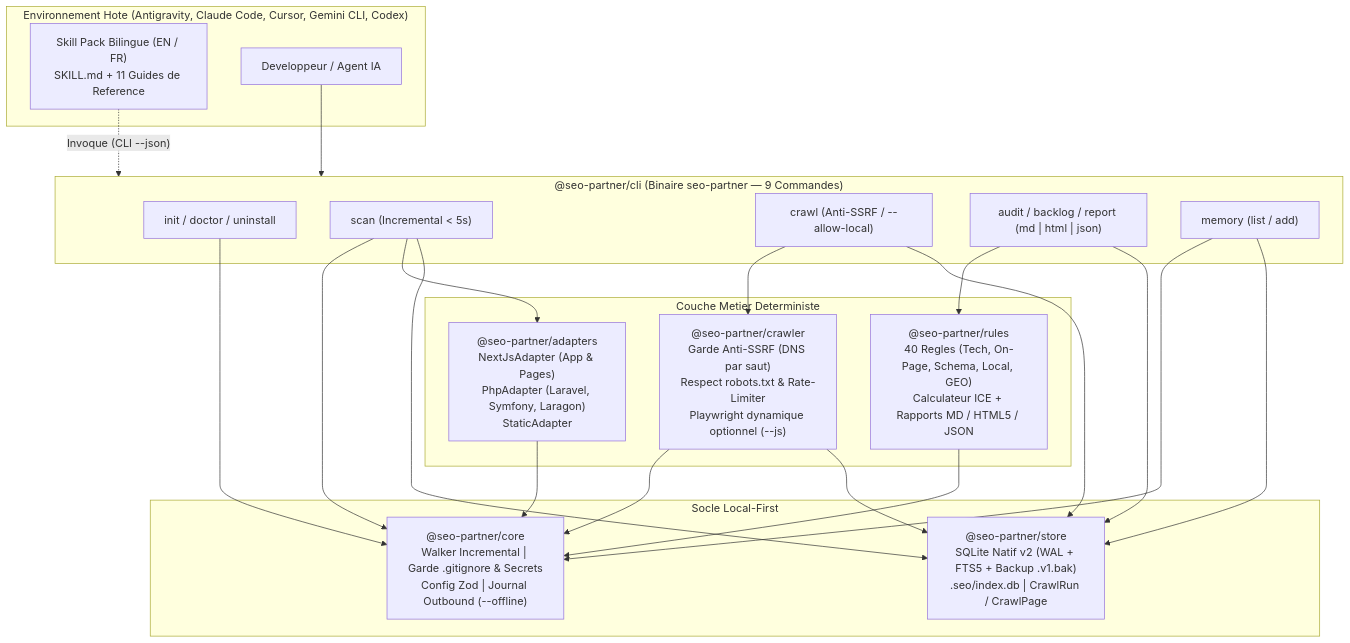
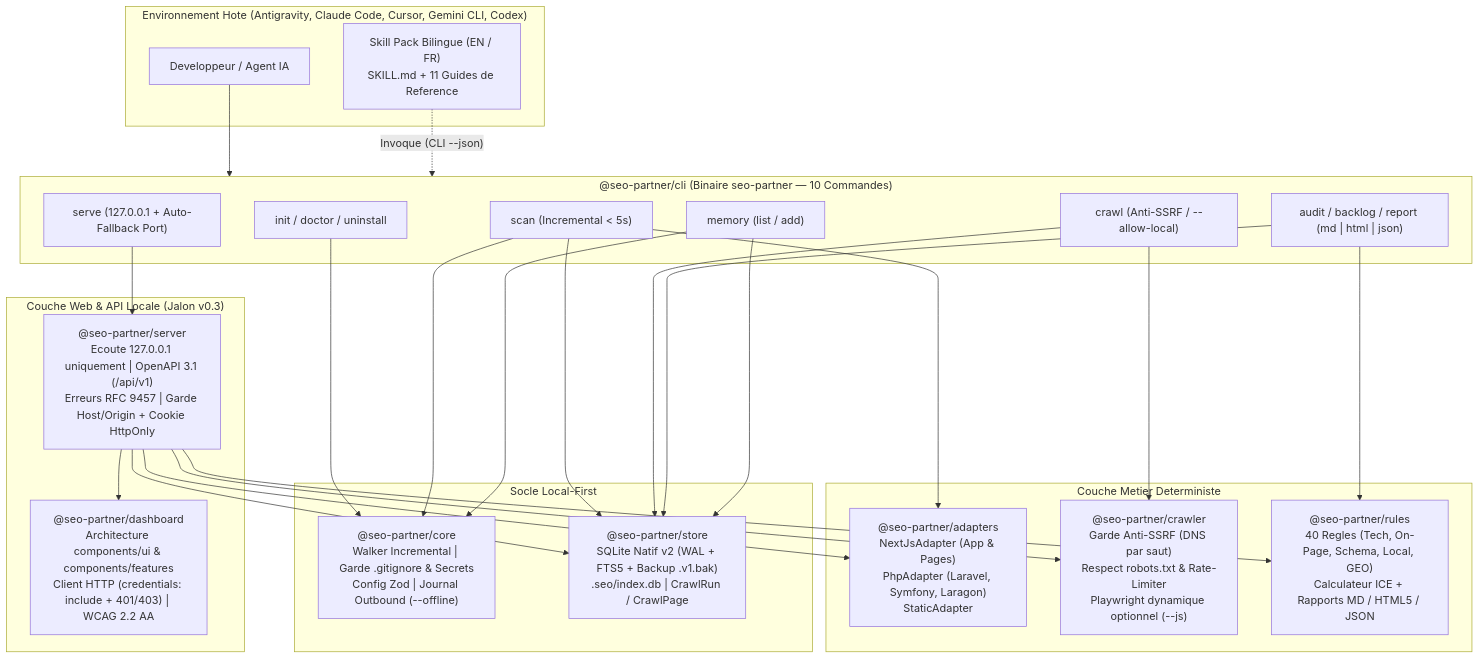
The first of 2 diagrams in README.fr.md (Firinze/seo-partner), drawn with Mermaid before and after one commit. The commit also changed other lines of this file and 33 other files, not shown here.

Commit message:
feat: add local API server, web dashboard, and CLI serve command for v0.3 release

````diff
--- a/README.fr.md
+++ b/README.fr.md
@@ -63,43 +66,51 @@
 ```mermaid
 flowchart TB
   subgraph IDE["Environnement Hote (Antigravity, Claude Code, Cursor, Gemini CLI, Codex)"]
     SKILL["Skill Pack Bilingue (EN / FR)\nSKILL.md + 11 Guides de Reference"]
     DEV["Developpeur / Agent IA"]
   end
 
-  subgraph CLI_LAYER["@seo-partner/cli (Binaire seo-partner — 9 Commandes)"]
+  subgraph CLI_LAYER["@seo-partner/cli (Binaire seo-partner — 10 Commandes)"]
     CMD_INIT["init / doctor / uninstall"]
     CMD_SCAN["scan (Incremental < 5s)"]
     CMD_CRAWL["crawl (Anti-SSRF / --allow-local)"]
     CMD_AUDIT["audit / backlog / report (md | html | json)"]
+    CMD_SERVE["serve (127.0.0.1 + Auto-Fallback Port)"]
     CMD_MEM["memory (list / add)"]
+  end
+
+  subgraph WEB_LAYER["Couche Web & API Locale (Jalon v0.3)"]
+    SERVER["@seo-partner/server\nEcoute 127.0.0.1 uniquement | OpenAPI 3.1 (/api/v1)\nErreurs RFC 9457 | Garde Host/Origin + Cookie HttpOnly"]
+    DASHBOARD["@seo-partner/dashboard\nArchitecture components/ui & components/features\nClient HTTP (credentials: include + 401/403) | WCAG 2.2 AA"]
   end
 
   subgraph ENGINE_LAYER["Couche Metier Deterministe"]
     ADAPTERS["@seo-partner/adapters\nNextJsAdapter (App & Pages)\nPhpAdapter (Laravel, Symfony, Laragon)\nStaticAdapter"]
     CRAWLER["@seo-partner/crawler\nGarde Anti-SSRF (DNS par saut)\nRespect robots.txt & Rate-Limiter\nPlaywright dynamique optionnel (--js)"]
     RULES["@seo-partner/rules\n40 Regles (Tech, On-Page, Schema, Local, GEO)\nCalculateur ICE + Rapports MD / HTML5 / JSON"]
   end
 
   subgraph FOUNDATION_LAYER["Socle Local-First"]
     CORE["@seo-partner/core\nWalker Incremental | Garde .gitignore & Secrets\nConfig Zod | Journal Outbound (--offline)"]
     STORE["@seo-partner/store\nSQLite Natif v2 (WAL + FTS5 + Backup .v1.bak)\n.seo/index.db | CrawlRun / CrawlPage"]
   end
 
   DEV --> CLI_LAYER
   SKILL -. "Invoque (CLI --json)" .-> CLI_LAYER
+  CMD_SERVE --> SERVER
+  SERVER --> DASHBOARD
+  SERVER --> ADAPTERS
+  SERVER --> CRAWLER
+  SERVER --> RULES
+  SERVER --> STORE
   CMD_INIT --> CORE
   CMD_SCAN --> CORE
   CMD_SCAN --> ADAPTERS
   CMD_SCAN --> STORE
   CMD_CRAWL --> CRAWLER
   CMD_CRAWL --> STORE
   CMD_AUDIT --> RULES
   CMD_AUDIT --> STORE
   CMD_MEM --> CORE
   CMD_MEM --> STORE
-  ADAPTERS --> CORE
-  CRAWLER --> CORE
-  CRAWLER --> STORE
-  RULES --> CORE
 ```
````
